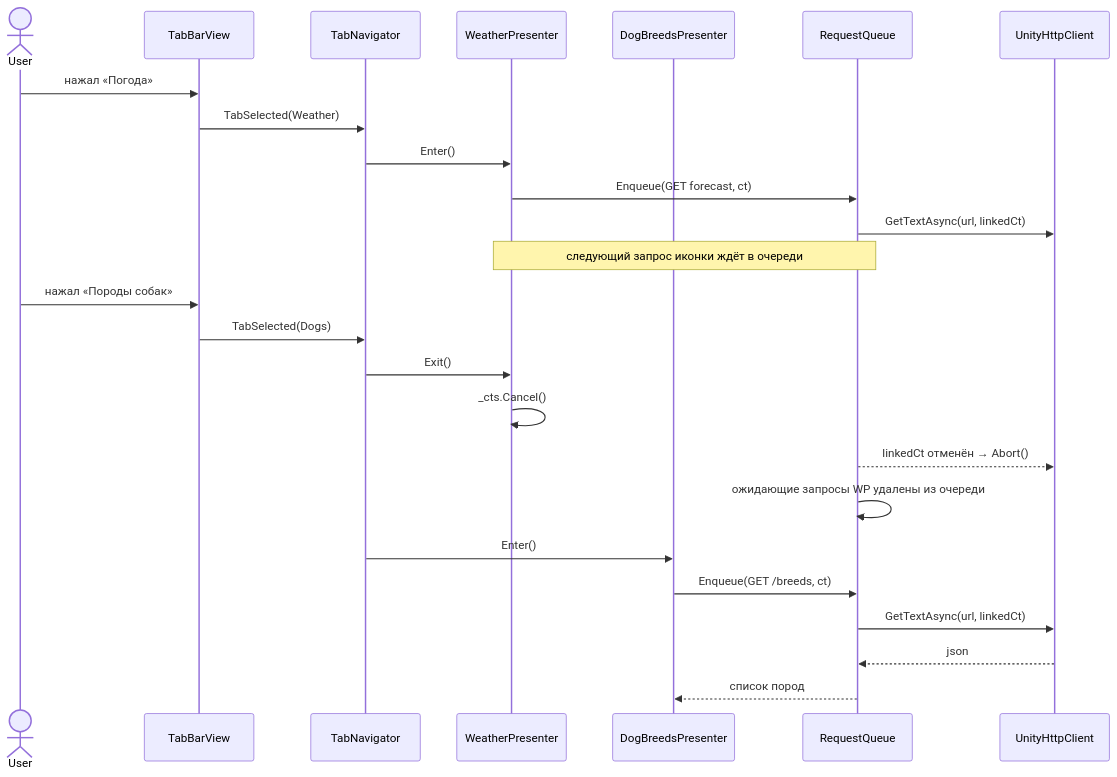
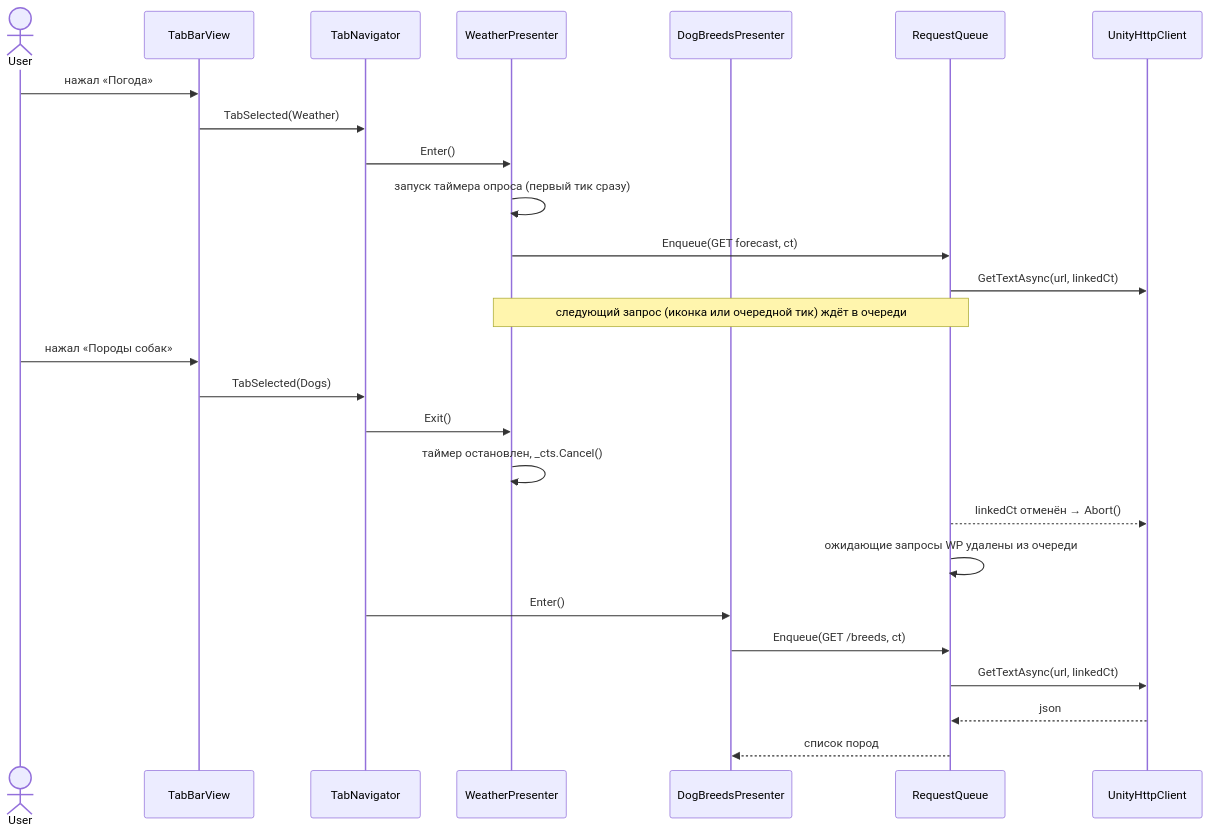
Before and after one commit to PinochetLab/test-task-ckr-system: the sixth of 6 diagrams in Docs/Architecture.md, drawn with Mermaid. The commit also changed other lines of this file, not shown here.

Commit message:
updated architecture docs

````diff
--- a/Docs/Architecture.md
+++ b/Docs/Architecture.md
@@ -619,28 +700,29 @@
 ```mermaid
 sequenceDiagram
     actor User
     participant Bar as TabBarView
     participant Nav as TabNavigator
     participant WP as WeatherPresenter
     participant DP as DogBreedsPresenter
     participant Q as RequestQueue
     participant Http as UnityHttpClient
 
     User->>Bar: нажал «Погода»
     Bar->>Nav: TabSelected(Weather)
     Nav->>WP: Enter()
+    WP->>WP: запуск таймера опроса (первый тик сразу)
     WP->>Q: Enqueue(GET forecast, ct)
     Q->>Http: GetTextAsync(url, linkedCt)
-    Note over WP,Q: следующий запрос иконки ждёт в очереди
+    Note over WP,Q: следующий запрос (иконка или очередной тик) ждёт в очереди
     User->>Bar: нажал «Породы собак»
     Bar->>Nav: TabSelected(Dogs)
     Nav->>WP: Exit()
-    WP->>WP: _cts.Cancel()
+    WP->>WP: таймер остановлен, _cts.Cancel()
     Q-->>Http: linkedCt отменён → Abort()
     Q->>Q: ожидающие запросы WP удалены из очереди
     Nav->>DP: Enter()
     DP->>Q: Enqueue(GET /breeds, ct)
     Q->>Http: GetTextAsync(url, linkedCt)
     Http-->>Q: json
     Q-->>DP: список пород
 ```
````
